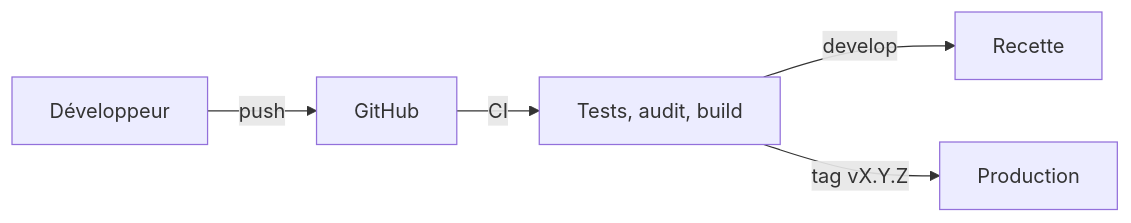
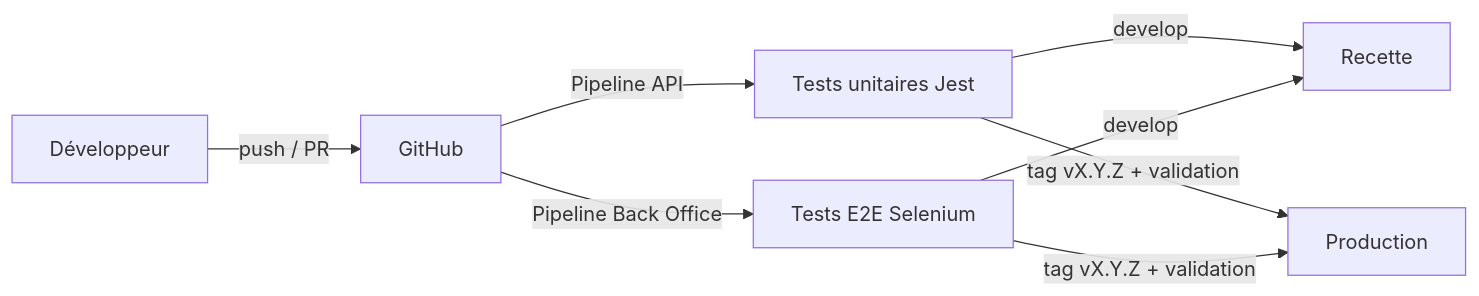
Before and after one commit to ItsMaxou1/cesizen: the diagram in README.md, drawn with Mermaid. The commit also changed other lines of this file, not shown here.

Commit message:
docs: README à jour avec les deux pipelines

````diff
--- a/README.md
+++ b/README.md
@@ -13,7 +13,8 @@
 ```mermaid
 flowchart LR
-  dev[Développeur] -- push --> gh[GitHub]
-  gh -- CI --> ci[Tests, audit, build]
-  ci -- develop --> rec[Recette]
-  ci -- tag vX.Y.Z --> prod[Production]
+  dev[Développeur] -- "push / PR" --> gh[GitHub]
+  gh -- "Pipeline API" --> ut[Tests unitaires Jest]
+  gh -- "Pipeline Back Office" --> e2e[Tests E2E Selenium]
+  ut & e2e -- develop --> rec[Recette]
+  ut & e2e -- "tag vX.Y.Z + validation" --> prod[Production]
 ```
````
